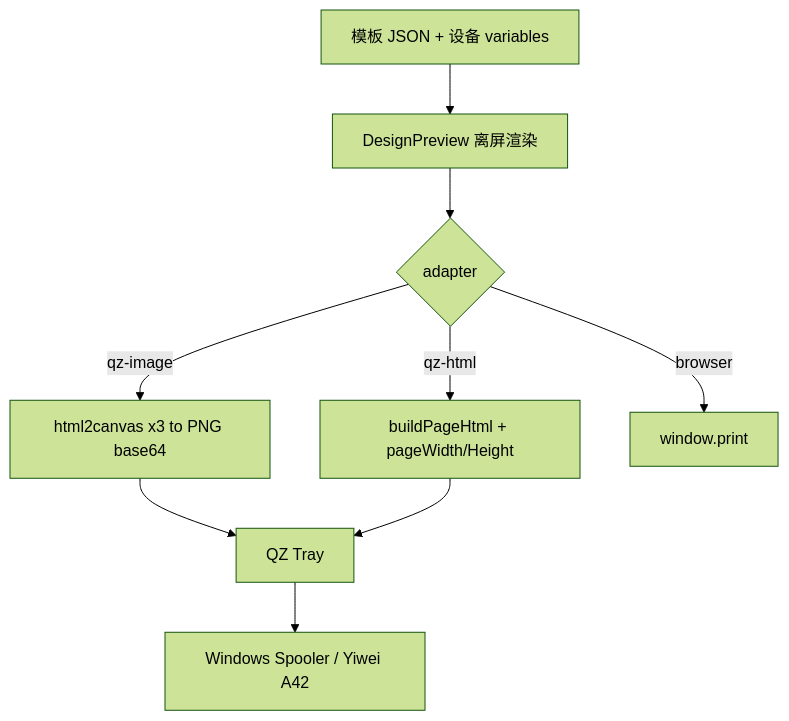
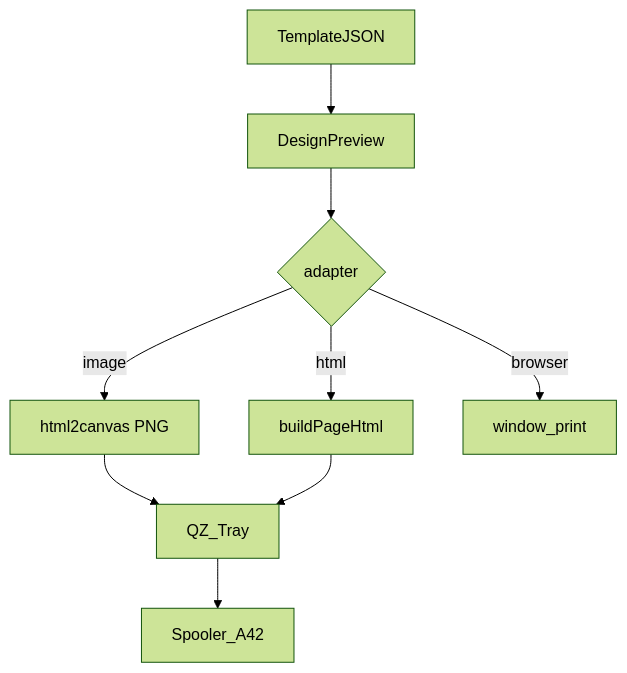
Before and after one commit to kuma0605/label-designer-vue: the diagram in docs/04_yiwei-a42-qz-tray-bitmap-print-guide.md, drawn with Mermaid (forest theme). The commit also changed 1 other file, not shown here.

Commit message:
docs: update Yiwei A42 printing guide diagrams for improved clarity and consistency in data flow representation

````diff
--- a/docs/04_yiwei-a42-qz-tray-bitmap-print-guide.md
+++ b/docs/04_yiwei-a42-qz-tray-bitmap-print-guide.md
@@ -28,11 +28,11 @@
 ```mermaid
 flowchart TD
-  A["模板 JSON + 设备 variables"] --> B["DesignPreview 离屏渲染"]
+  A[TemplateJSON] --> B[DesignPreview]
   B --> C{adapter}
-  C -->|qz-image| D["html2canvas x3 to PNG base64"]
-  C -->|qz-html| E["buildPageHtml + pageWidth/Height"]
-  C -->|browser| F["window.print"]
-  D --> G["QZ Tray"]
+  C -->|image| D[html2canvas PNG]
+  C -->|html| E[buildPageHtml]
+  C -->|browser| F[window_print]
+  D --> G[QZ_Tray]
   E --> G
-  G --> H["Windows Spooler / Yiwei A42"]
+  G --> H[Spooler_A42]
 ```
````
